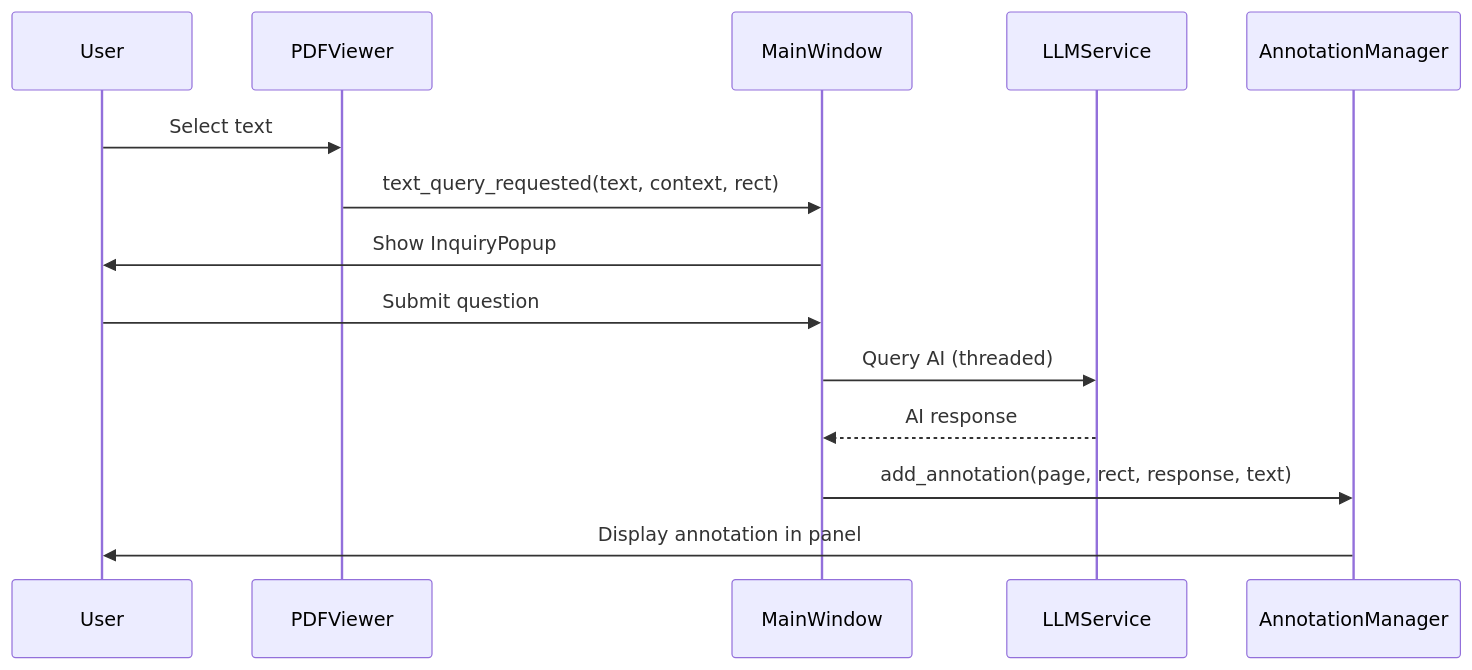
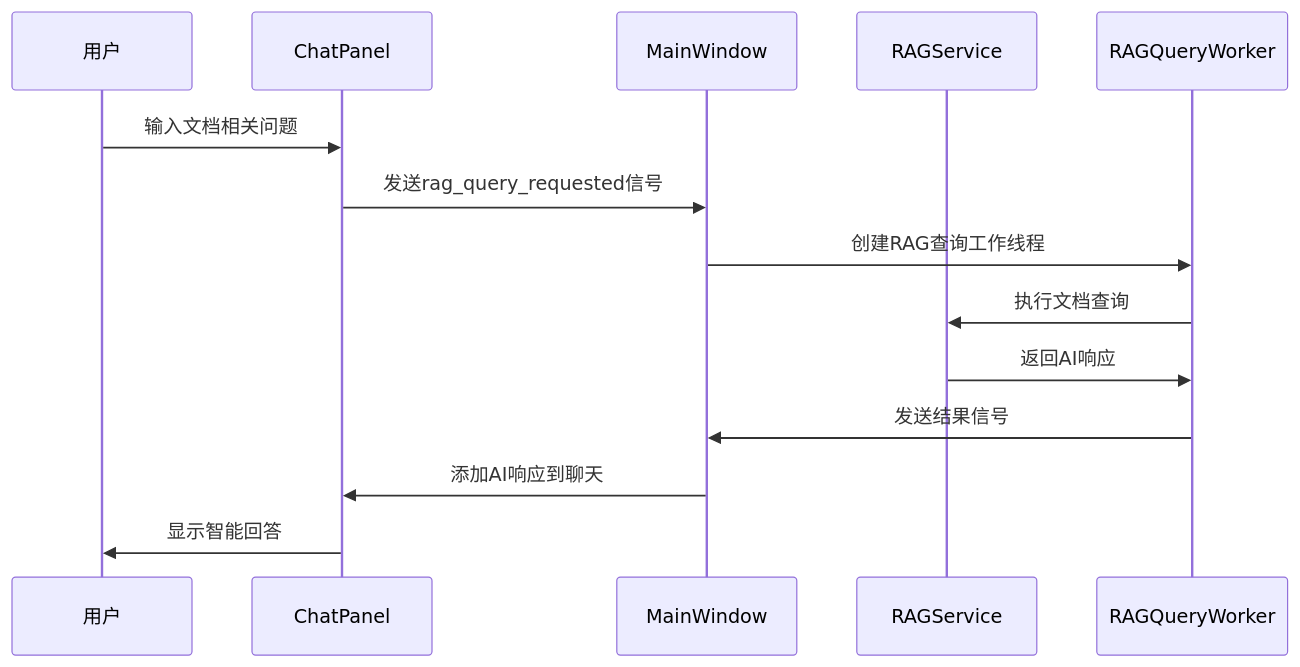
Before and after one commit to Jackela/ai_enhanced_pdf_scholar: the third of 5 diagrams in PROJECT_DOCS.md, drawn with Mermaid. The commit also changed other lines of this file and 10 other files, not shown here.

````diff
--- a/PROJECT_DOCS.md
+++ b/PROJECT_DOCS.md
@@ -68,17 +157,17 @@
 ```mermaid
 sequenceDiagram
-    participant User
-    participant PDFViewer
-    participant MainWindow
-    participant LLMService
-    participant AnnotationManager
+    participant U as 用户
+    participant CP as ChatPanel
+    participant MW as MainWindow
+    participant RS as RAGService
+    participant QW as RAGQueryWorker
     
-    User->>PDFViewer: Select text
-    PDFViewer->>MainWindow: text_query_requested(text, context, rect)
-    MainWindow->>User: Show InquiryPopup
-    User->>MainWindow: Submit question
-    MainWindow->>LLMService: Query AI (threaded)
-    LLMService-->>MainWindow: AI response
-    MainWindow->>AnnotationManager: add_annotation(page, rect, response, text)
-    AnnotationManager->>User: Display annotation in panel
+    U->>CP: 输入文档相关问题
+    CP->>MW: 发送rag_query_requested信号
+    MW->>QW: 创建RAG查询工作线程
+    QW->>RS: 执行文档查询
+    RS->>QW: 返回AI响应
+    QW->>MW: 发送结果信号
+    MW->>CP: 添加AI响应到聊天
+    CP->>U: 显示智能回答
 ```
````
